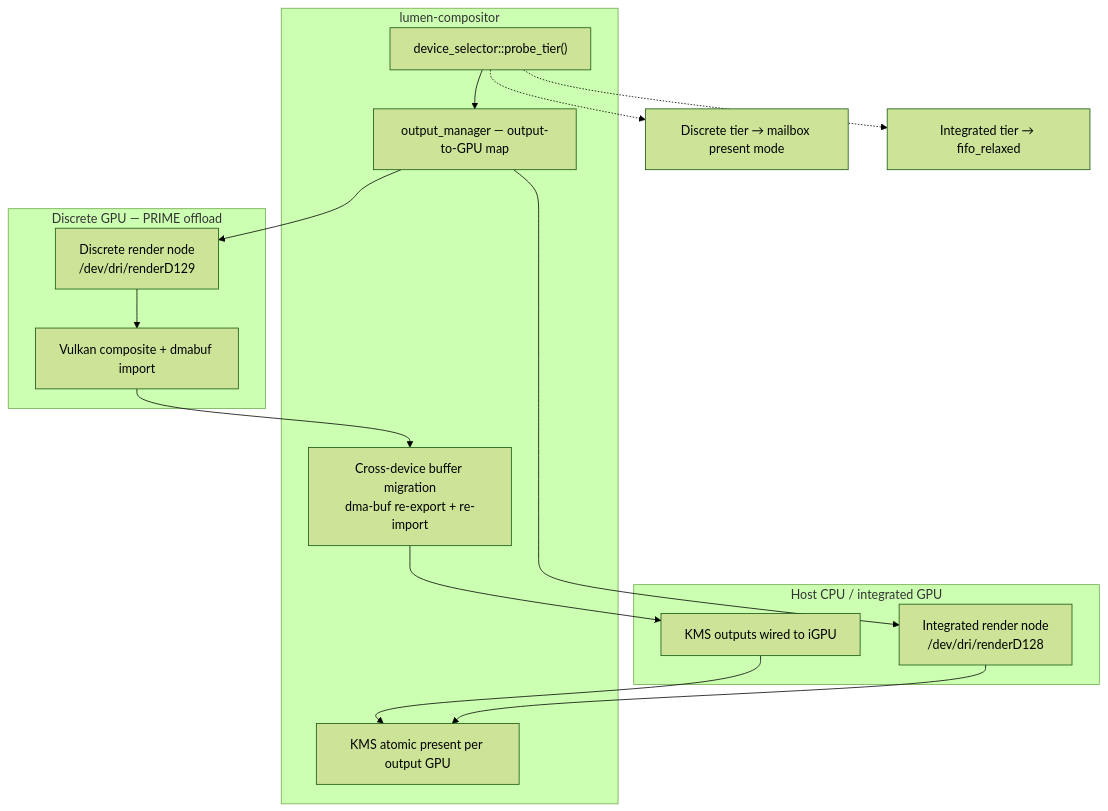
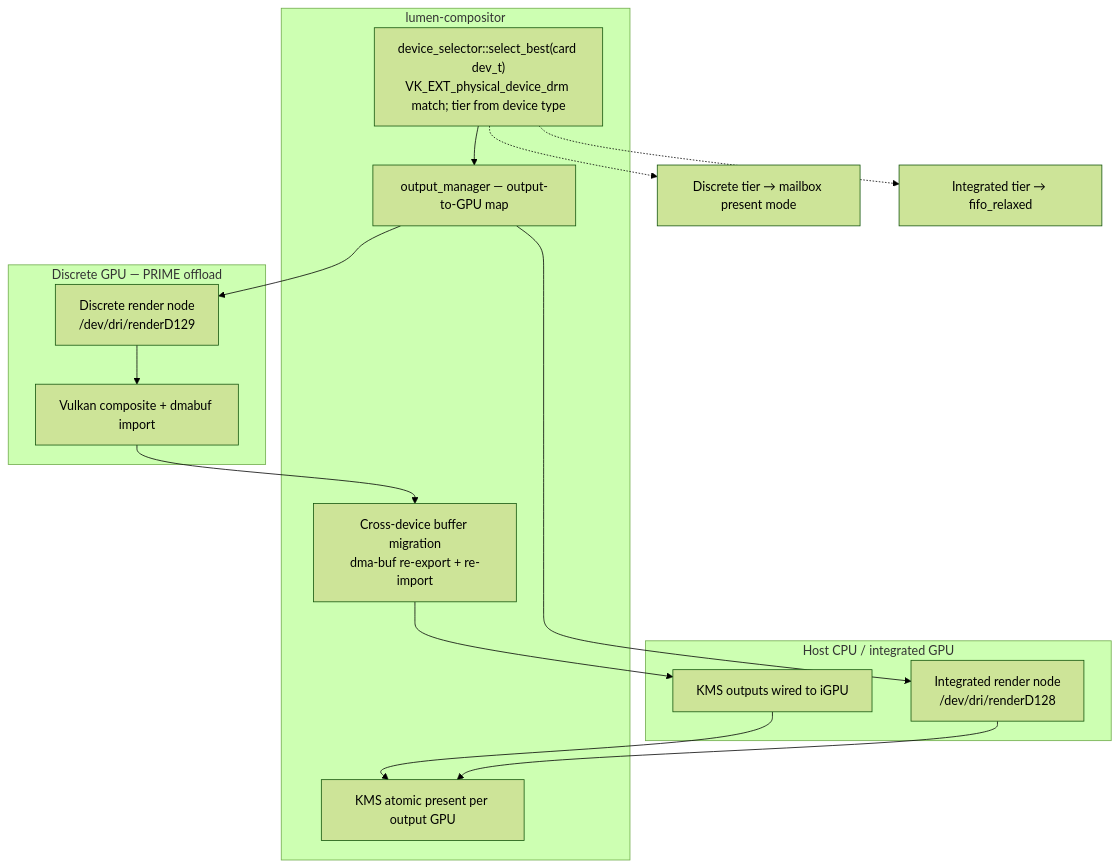
The diagram in docs/uml/15-dual-gpu.mmd (dimmus/lumen), drawn with Mermaid (forest theme) before and after one commit. The commit also changed 11 other files, not shown here.

```diff
--- a/docs/uml/15-dual-gpu.mmd
+++ b/docs/uml/15-dual-gpu.mmd
@@ -1,31 +1,31 @@
 flowchart TB
     subgraph host [Host CPU / integrated GPU]
         iGPU["Integrated render node<br/>/dev/dri/renderD128"]
         scanoutIntegrated["KMS outputs wired to iGPU"]
     end
 
     subgraph discrete [Discrete GPU — PRIME offload]
         dGPU["Discrete render node<br/>/dev/dri/renderD129"]
         vulkanComposite["Vulkan composite + dmabuf import"]
     end
 
     subgraph compositor [lumen-compositor]
-        probe["device_selector::probe_tier()"]
+        probe["device_selector::select_best(card dev_t)<br/>VK_EXT_physical_device_drm match; tier from device type"]
         assign["output_manager — output-to-GPU map"]
         migrate["Cross-device buffer migration<br/>dma-buf re-export + re-import"]
         present["KMS atomic present per output GPU"]
     end
 
     probe --> assign
     assign --> iGPU
     assign --> dGPU
     dGPU --> vulkanComposite
     vulkanComposite --> migrate
     migrate --> scanoutIntegrated
     scanoutIntegrated --> present
     iGPU --> present
 
     note1["Discrete tier → mailbox present mode"]
     note2["Integrated tier → fifo_relaxed"]
     probe -.-> note1
     probe -.-> note2
```
